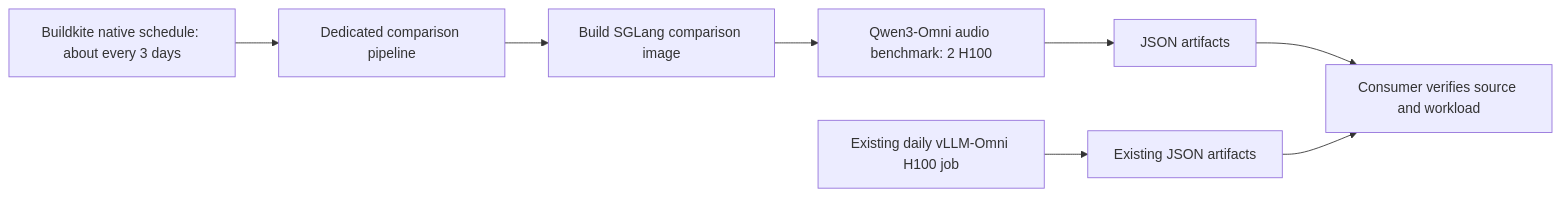
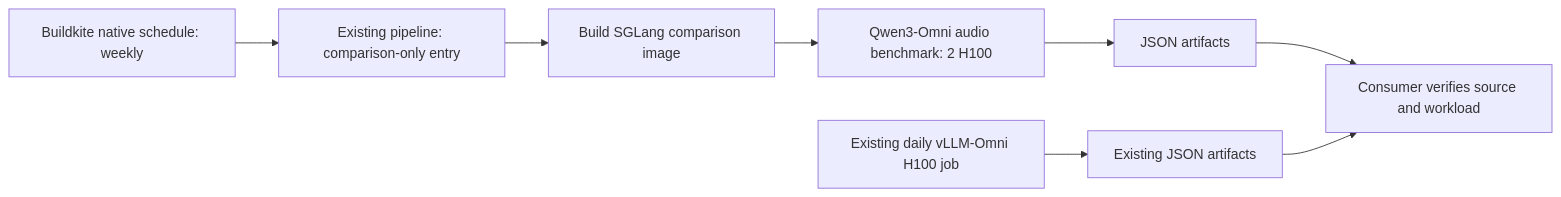
Before and after one commit to vllm-project/vllm-omni: the diagram in docs/contributing/ci/backend_comparison.md, drawn with Mermaid. The commit also changed other lines of this file and 3 other files, not shown here.

Commit message:
[CI/Build] Prepare isolated weekly backend comparison entry

````diff
--- a/docs/contributing/ci/backend_comparison.md
+++ b/docs/contributing/ci/backend_comparison.md
@@ -7,10 +7,10 @@
 ```mermaid
 flowchart LR
-    S[Buildkite native schedule: about every 3 days] --> P[Dedicated comparison pipeline]
+    S[Buildkite native schedule: weekly] --> P[Existing pipeline: comparison-only entry]
     P --> I[Build SGLang comparison image]
     I --> B[Qwen3-Omni audio benchmark: 2 H100]
     B --> A[JSON artifacts]
     N[Existing daily vLLM-Omni H100 job] --> V[Existing JSON artifacts]
     A --> C[Consumer verifies source and workload]
     V --> C
 ```
````
